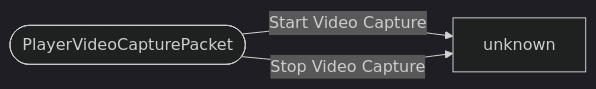
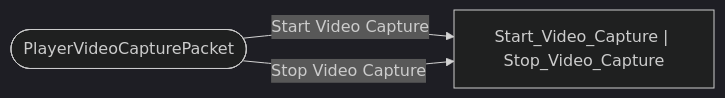
Before and after one commit to bedrock-v/protocol-docs: the diagram in schemas/packets/PlayerVideoCapturePacket.md, drawn with Mermaid (dark theme). The commit also changed 114 other files, not shown here.

````diff
--- a/schemas/packets/PlayerVideoCapturePacket.md
+++ b/schemas/packets/PlayerVideoCapturePacket.md
@@ -7,6 +7,6 @@
 ```mermaid
 flowchart LR
   ROOT(["PlayerVideoCapturePacket"])
-  ROOT -->|"Start Video Capture"| unknown["unknown"]
-  ROOT -->|"Stop Video Capture"| unknown["unknown"]
+  ROOT -->|"Start Video Capture"| Start_Video_Capture___Stop_Video_Capture["Start_Video_Capture | Stop_Video_Capture"]
+  ROOT -->|"Stop Video Capture"| Start_Video_Capture___Stop_Video_Capture["Start_Video_Capture | Stop_Video_Capture"]
 ```
````
